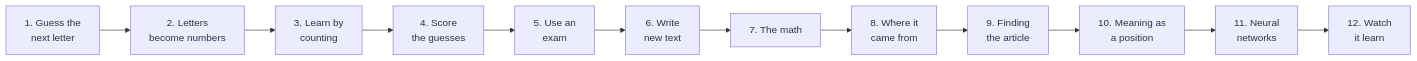
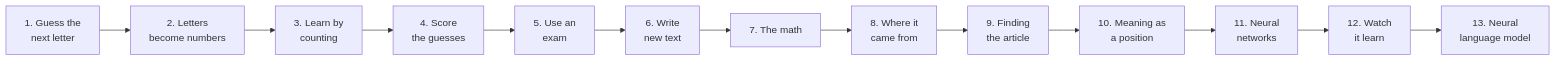
Before and after one commit to Falconiere/agavus: the diagram in learning/README.md, drawn with Mermaid. The commit also changed other lines of this file and 7 other files, not shown here.

First line of the commit message:
feat(lab): add neural character language model and lesson

````diff
--- a/learning/README.md
+++ b/learning/README.md
@@ -6,14 +6,15 @@
 ```mermaid
 flowchart LR
   A["1. Guess the<br/>next letter"] --> B["2. Letters<br/>become numbers"]
   B --> C["3. Learn by<br/>counting"]
   C --> D["4. Score<br/>the guesses"]
   D --> E["5. Use an<br/>exam"]
   E --> F["6. Write<br/>new text"]
   F --> G["7. The math"]
   G --> H["8. Where it<br/>came from"]
   H --> I["9. Finding<br/>the article"]
   I --> J["10. Meaning as<br/>a position"]
   J --> K["11. Neural<br/>networks"]
   K --> L["12. Watch<br/>it learn"]
+  L --> M["13. Neural<br/>language model"]
 ```
````
